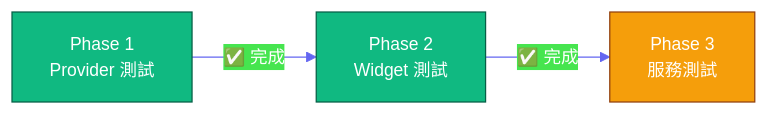
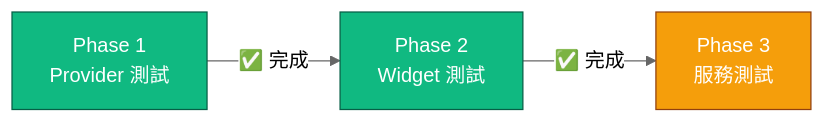
The second of 3 diagrams in docs/TEST_COVERAGE_PLAN.md (Neal75418/afterclose), drawn with Mermaid before and after one commit. The commit also changed other lines of this file and 6 other files, not shown here.

First line of the commit message:
docs: update documentation — test counts, dark-mode Mermaid, CHANGELOG entries, anchor fixes

````diff
--- a/docs/TEST_COVERAGE_PLAN.md
+++ b/docs/TEST_COVERAGE_PLAN.md
@@ -29,14 +29,14 @@
 ```mermaid
-%%{init: {'theme': 'base', 'themeVariables': {'primaryColor': '#4F46E5', 'primaryTextColor': '#fff', 'primaryBorderColor': '#3730A3', 'lineColor': '#6366F1', 'fontSize': '14px'}}}%%
+%%{init: {'theme': 'neutral'}}%%
 flowchart LR
     P1["Phase 1\nProvider 測試"]
     P2["Phase 2\nWidget 測試"]
     P3["Phase 3\n服務測試"]
 
     P1 -->|✅ 完成| P2
     P2 -->|✅ 完成| P3
 
     style P1 fill:#10B981,stroke:#065F46,color:#fff
     style P2 fill:#10B981,stroke:#065F46,color:#fff
     style P3 fill:#F59E0B,stroke:#92400E,color:#fff
 ```
````
